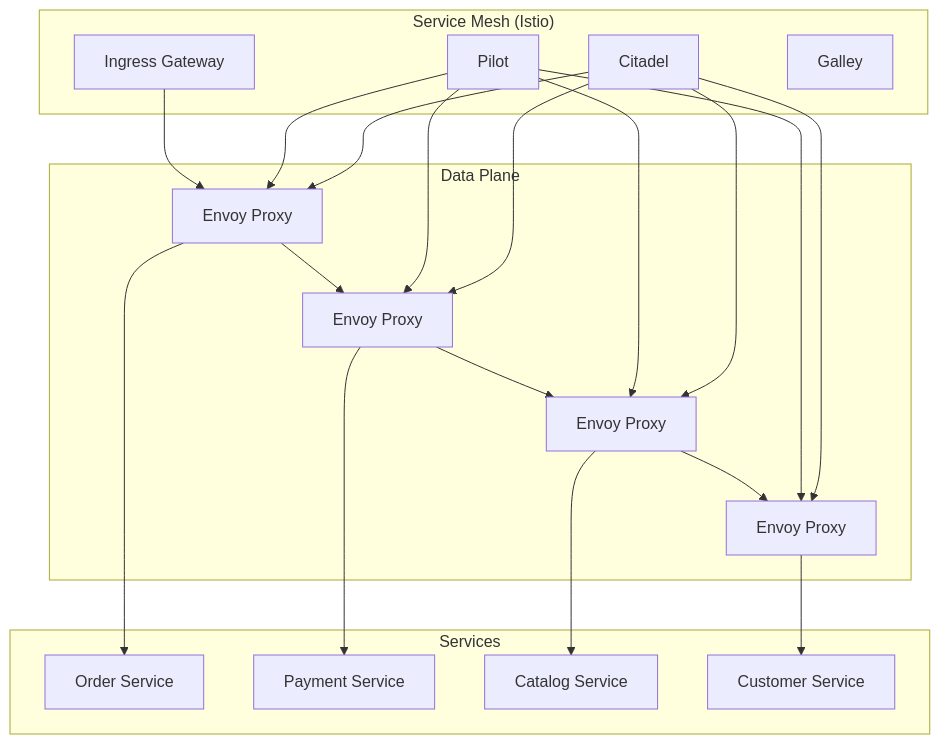
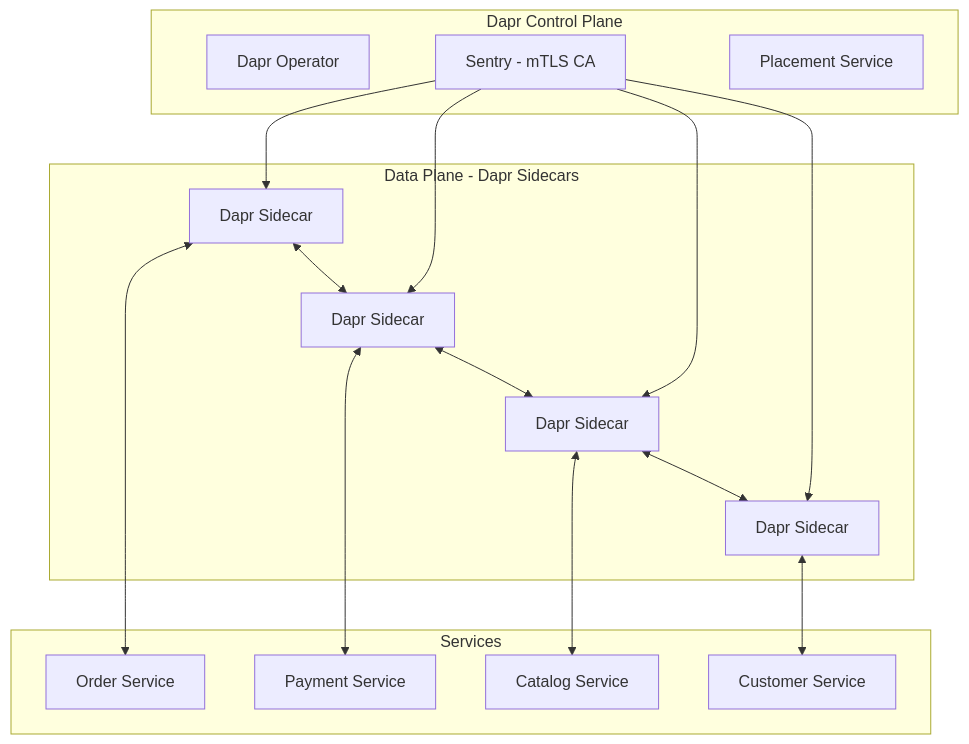
The fifth of 9 diagrams in 06-operations/platform/PLATFORM_ARCHITECTURE.md (vesviet/Composable-Commerce-Service-Architecture), drawn with Mermaid before and after one commit. The commit also changed other lines of this file and 13 other files, not shown here.

````diff
--- a/06-operations/platform/PLATFORM_ARCHITECTURE.md
+++ b/06-operations/platform/PLATFORM_ARCHITECTURE.md
@@ -310,42 +312,36 @@
 ```mermaid
 graph TB
-    subgraph "Service Mesh (Istio)"
-        A[Ingress Gateway]
-        B[Pilot]
-        C[Citadel]
-        D[Galley]
+    subgraph "Dapr Control Plane"
+        A[Dapr Operator]
+        B[Sentry - mTLS CA]
+        C[Placement Service]
     end
     
-    subgraph "Data Plane"
-        E[Envoy Proxy]
-        F[Envoy Proxy]
-        G[Envoy Proxy]
-        H[Envoy Proxy]
+    subgraph "Data Plane - Dapr Sidecars"
+        E[Dapr Sidecar]
+        F[Dapr Sidecar]
+        G[Dapr Sidecar]
+        H[Dapr Sidecar]
     end
     
     subgraph "Services"
         I[Order Service]
         J[Payment Service]
         K[Catalog Service]
         L[Customer Service]
     end
     
-    A --> E
-    E --> I
-    E --> F
-    F --> J
-    F --> G
-    G --> K
-    G --> H
-    H --> L
+    E <--> I
+    F <--> J
+    G <--> K
+    H <--> L
+    
+    E <--> F
+    F <--> G
+    G <--> H
     
     B --> E
     B --> F
     B --> G
     B --> H
-    
-    C --> E
-    C --> F
-    C --> G
-    C --> H
 ```
````
